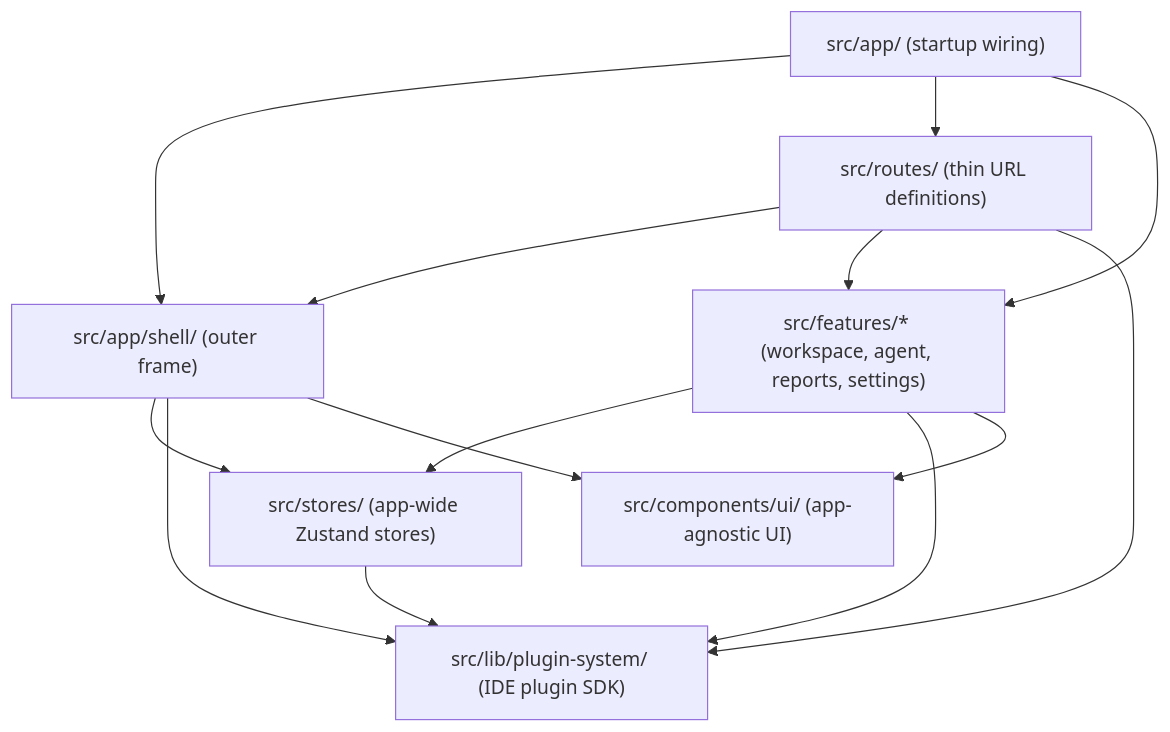
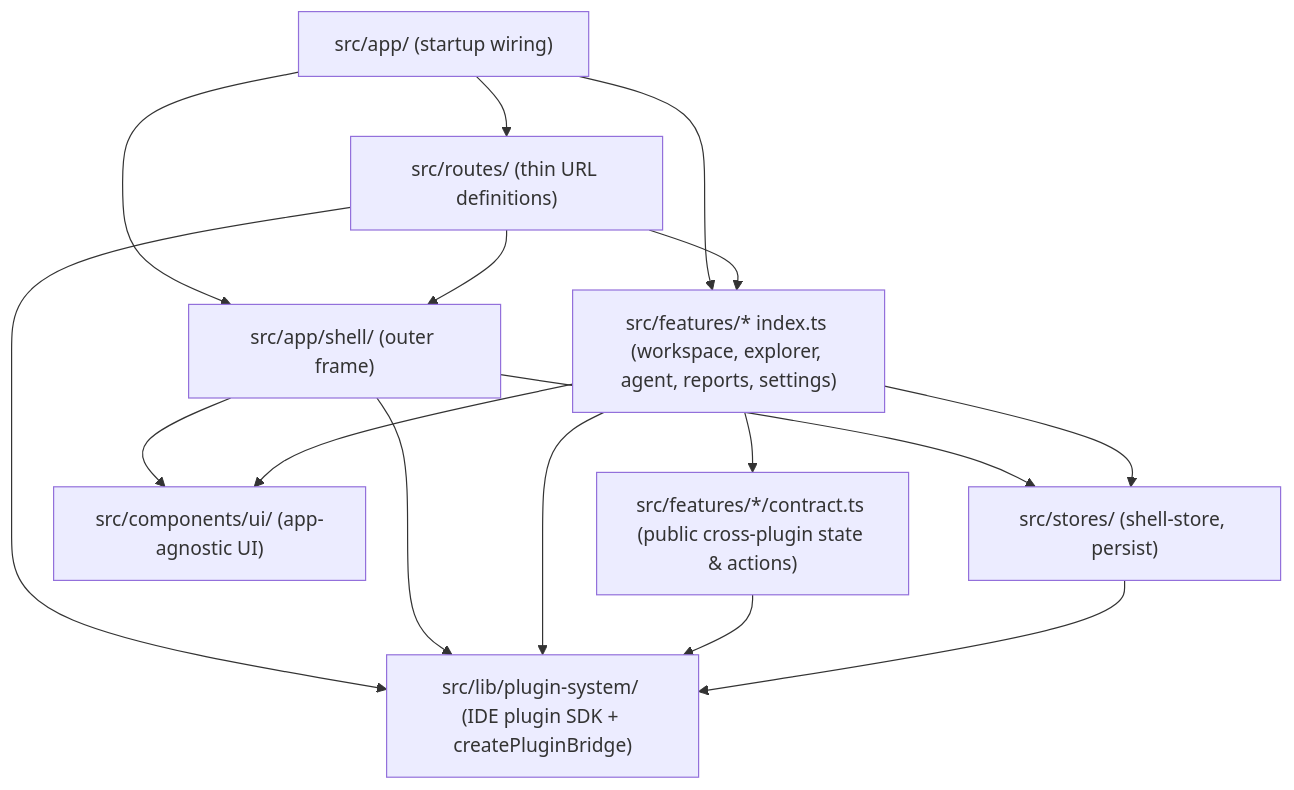
Before and after one commit to ppongtong/ide-shell: the second of 12 diagrams in docs/DESIGN.md, drawn with Mermaid. The commit also changed other lines of this file and 51 other files, not shown here.

Commit message:
Decouple shell state, extract explorer plugin contract, and eliminate unnecessary re-renders

````diff
--- a/docs/DESIGN.md
+++ b/docs/DESIGN.md
@@ -99,20 +99,22 @@
 ```mermaid
 flowchart TD
     App["src/app/ (startup wiring)"] --> Shell["src/app/shell/ (outer frame)"]
     App --> Routes["src/routes/ (thin URL definitions)"]
-    App --> Features["src/features/* (workspace, agent, reports, settings)"]
+    App --> Features["src/features/* index.ts (workspace, explorer, agent, reports, settings)"]
 
     Routes --> Shell
     Routes --> Features
-    Routes --> Lib["src/lib/plugin-system/ (IDE plugin SDK)"]
+    Routes --> Lib["src/lib/plugin-system/ (IDE plugin SDK + createPluginBridge)"]
 
-    Shell --> Stores["src/stores/ (app-wide Zustand stores)"]
+    Shell --> Stores["src/stores/ (shell-store, persist)"]
     Shell --> Lib
     Shell --> UI["src/components/ui/ (app-agnostic UI)"]
 
+    Features --> Contracts["src/features/*/contract.ts (public cross-plugin state & actions)"]
     Features --> Stores
     Features --> Lib
     Features --> UI
 
+    Contracts --> Lib
     Stores --> Lib
 ```
````
